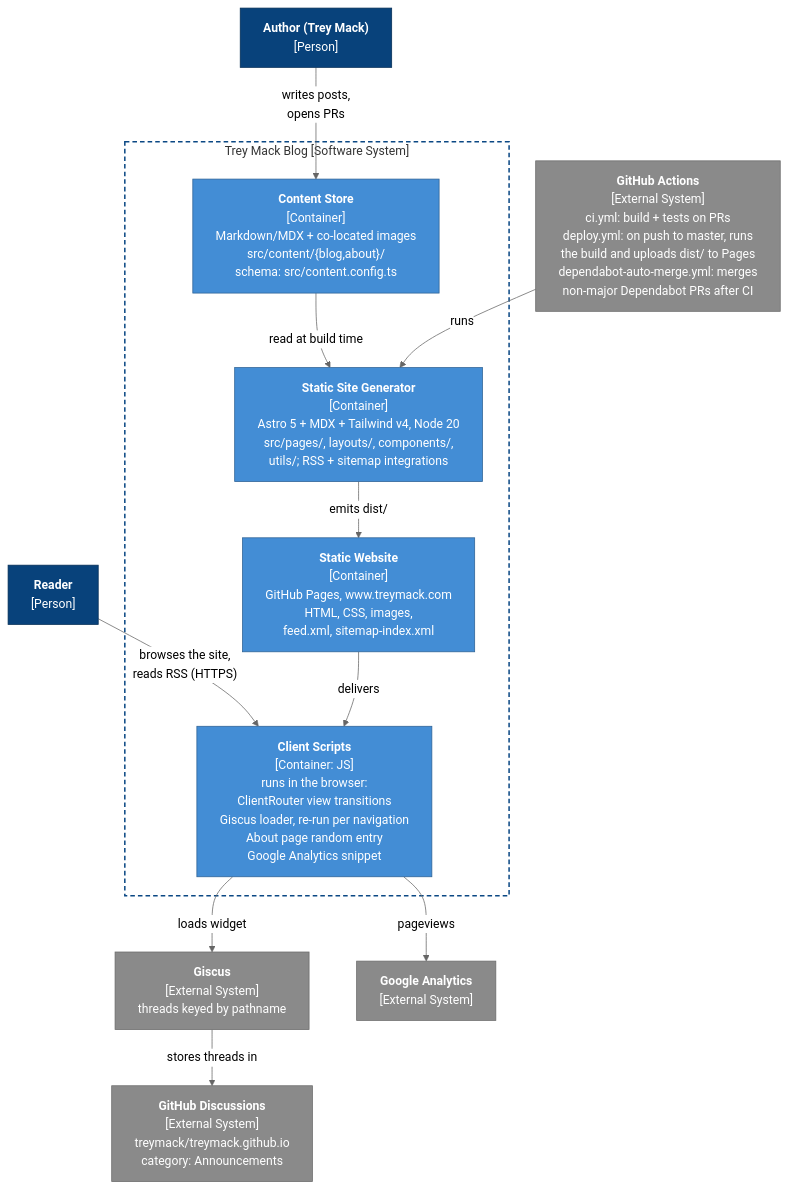
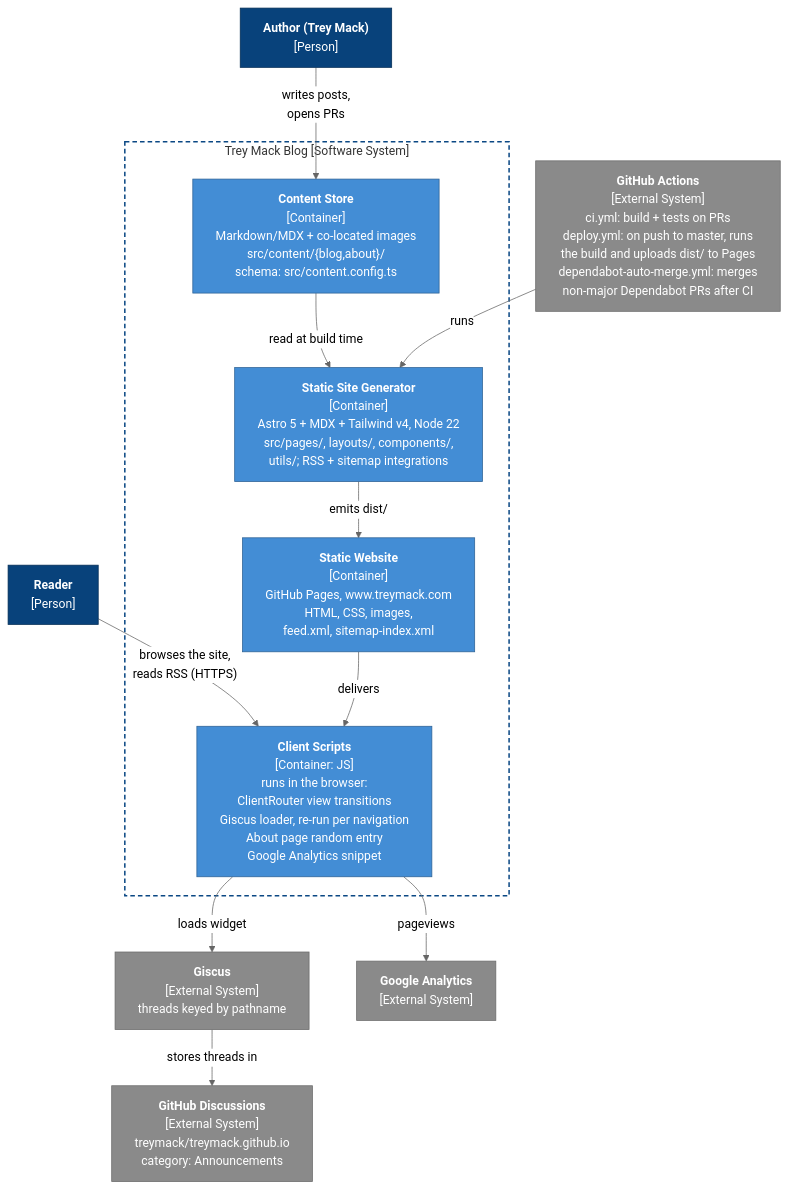
One commit to treymack/treymack.github.io changed the second of 2 diagrams in docs/architecture.md. Above: the diagram before and after it, drawn with Mermaid (neutral theme). The commit also changed other lines of this file and 4 other files, not shown here.

````diff
--- a/docs/architecture.md
+++ b/docs/architecture.md
@@ -90,36 +90,36 @@
 ```mermaid
 %%{init: {"flowchart": {"wrappingWidth": 320}}}%%
 flowchart TB
   reader["<b>Reader</b><br/>[Person]"]
   author["<b>Author (Trey Mack)</b><br/>[Person]"]
 
   subgraph blog["Trey Mack Blog [Software System]"]
     content["<b>Content Store</b><br/>[Container]<br/>Markdown/MDX + co-located images<br/>src/content/{blog,about}/<br/>schema: src/content.config.ts"]
-    ssg["<b>Static Site Generator</b><br/>[Container]<br/>Astro 5 + MDX + Tailwind v4, Node 20<br/>src/pages/, layouts/, components/,<br/>utils/; RSS + sitemap integrations"]
+    ssg["<b>Static Site Generator</b><br/>[Container]<br/>Astro 5 + MDX + Tailwind v4, Node 22<br/>src/pages/, layouts/, components/,<br/>utils/; RSS + sitemap integrations"]
     site["<b>Static Website</b><br/>[Container]<br/>GitHub Pages, www.treymack.com<br/>HTML, CSS, images,<br/>feed.xml, sitemap-index.xml"]
     client["<b>Client Scripts</b><br/>[Container: JS]<br/>runs in the browser:<br/>ClientRouter view transitions<br/>Giscus loader, re-run per navigation<br/>About page random entry<br/>Google Analytics snippet"]
   end
 
   giscus["<b>Giscus</b><br/>[External System]<br/>threads keyed by pathname"]
   ga["<b>Google Analytics</b><br/>[External System]"]
   actions["<b>GitHub Actions</b><br/>[External System]<br/>ci.yml: build + tests on PRs<br/>deploy.yml: on push to master, runs<br/>the build and uploads dist/ to Pages<br/>dependabot-auto-merge.yml: merges<br/>non-major Dependabot PRs after CI"]
   discussions["<b>GitHub Discussions</b><br/>[External System]<br/>treymack/treymack.github.io<br/>category: Announcements"]
 
   reader -->|"browses the site,<br/>reads RSS (HTTPS)"| client
   author -->|"writes posts,<br/>opens PRs"| content
   content -->|"read at build time"| ssg
   ssg -->|"emits dist/"| site
   site -->|"delivers"| client
   actions -->|"runs"| ssg
   client -->|"loads widget"| giscus
   client -->|"pageviews"| ga
   giscus -->|"stores threads in"| discussions
 
   classDef person fill:#08427b,stroke:#052e56,color:#fff
   classDef container fill:#438dd5,stroke:#2e6295,color:#fff
   classDef external fill:#8a8a8a,stroke:#6b6b6b,color:#fff
   class reader,author person
   class content,ssg,site,client container
   class giscus,ga,actions,discussions external
   style blog fill:none,stroke:#0b4884,stroke-width:2px,stroke-dasharray:6 4
 ```
````
